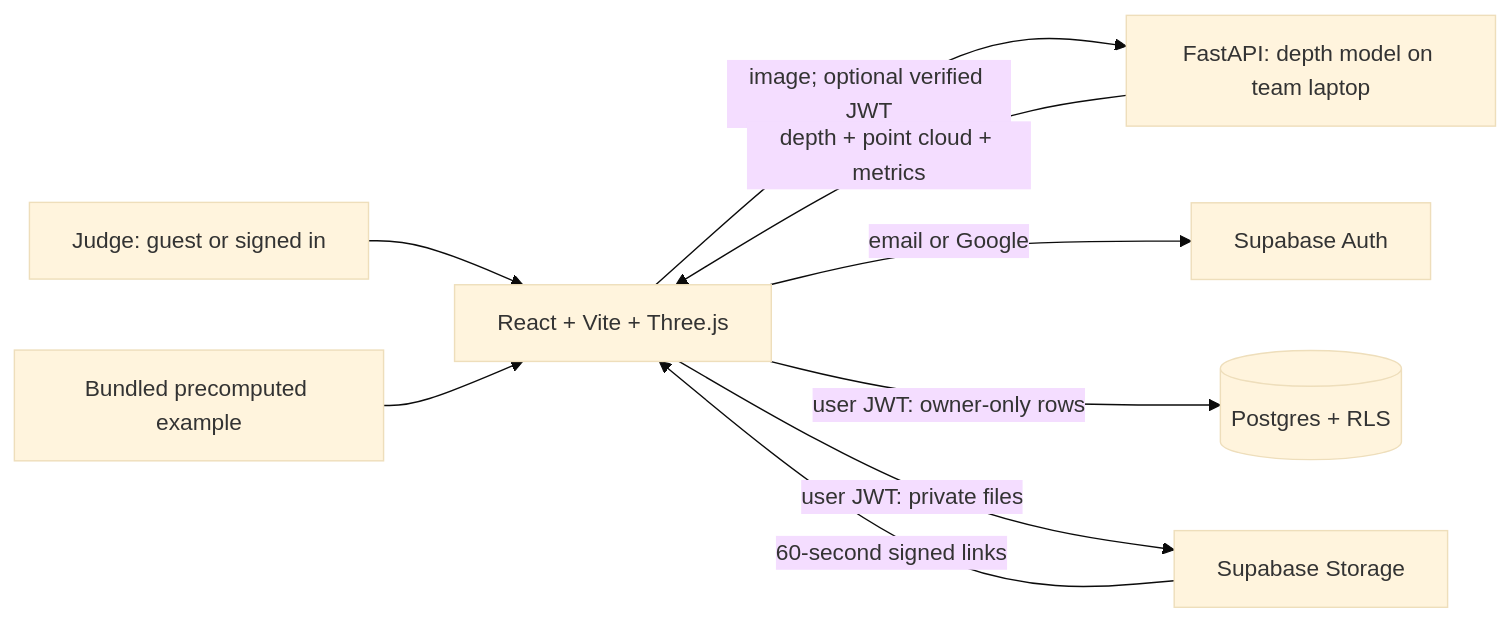
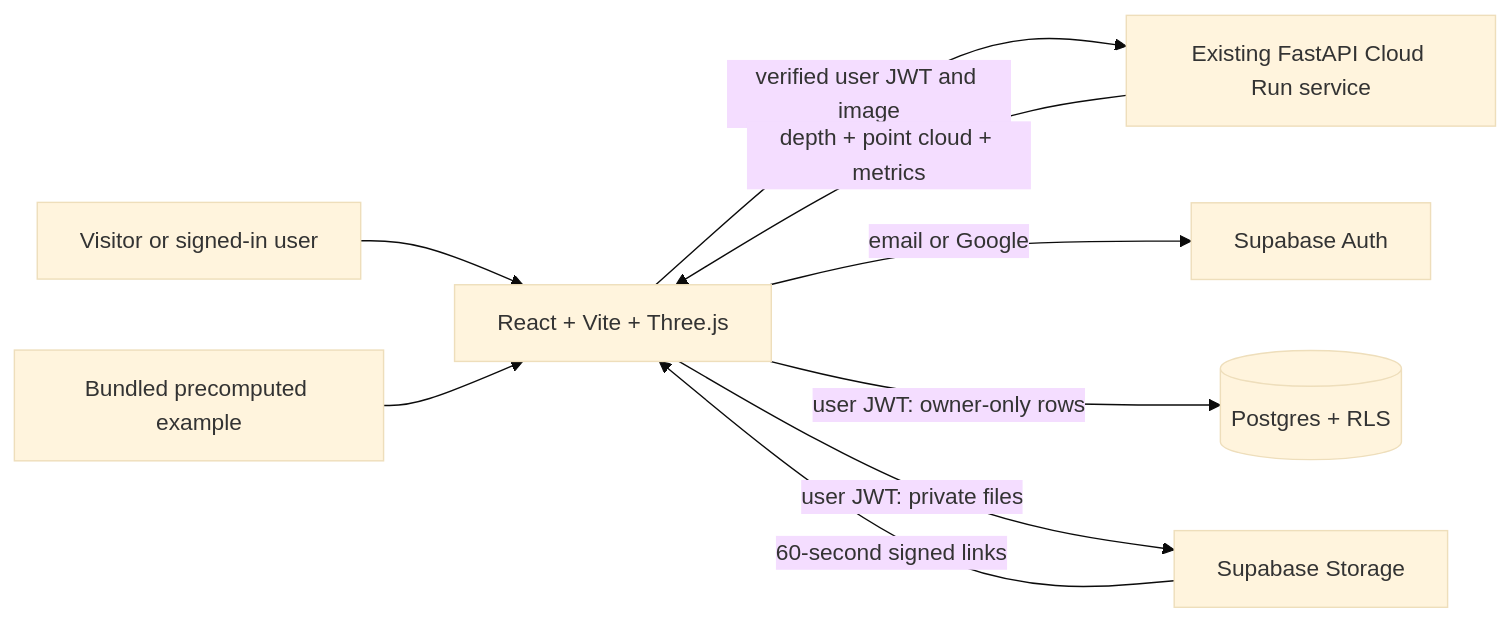
Before and after one commit to prakharendrashukla-cyber/depth-wizard: the diagram in docs/SUPABASE.md, drawn with Mermaid (base theme). The commit also changed other lines of this file and 25 other files, not shown here.

````diff
--- a/docs/SUPABASE.md
+++ b/docs/SUPABASE.md
@@ -192,11 +210,11 @@
 ```mermaid
 flowchart LR
-  Judge[Judge: guest or signed in] --> UI[React + Vite + Three.js]
-  UI -->|image; optional verified JWT| API[FastAPI: depth model on team laptop]
+  Judge[Visitor or signed-in user] --> UI[React + Vite + Three.js]
+  UI -->|verified user JWT and image| API[Existing FastAPI Cloud Run service]
   API -->|depth + point cloud + metrics| UI
   UI -->|email or Google| Auth[Supabase Auth]
   UI -->|user JWT: owner-only rows| DB[(Postgres + RLS)]
   UI -->|user JWT: private files| Storage[Supabase Storage]
   Storage -->|60-second signed links| UI
   Offline[Bundled precomputed example] --> UI
 ```
````
